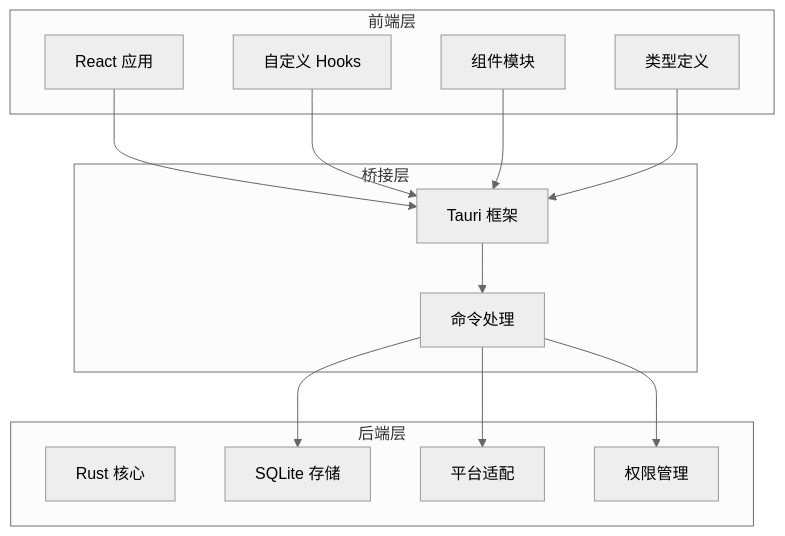
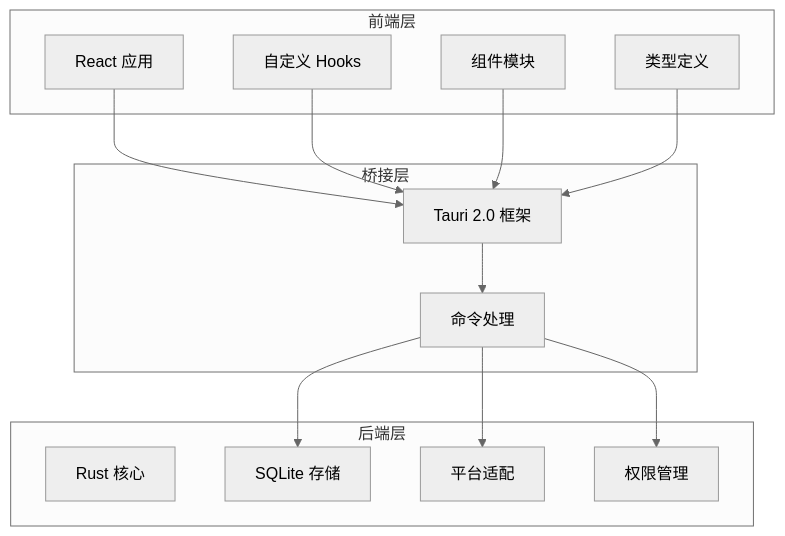
Before and after one commit to xdongliang/IPSwitcher: the first of 7 diagrams in .qoder/repowiki/zh/content/项目概述.md, drawn with Mermaid (neutral theme). The commit also changed other lines of this file and 22 other files, not shown here.

````diff
--- a/.qoder/repowiki/zh/content/项目概述.md
+++ b/.qoder/repowiki/zh/content/项目概述.md
@@ -41,27 +51,27 @@
 ```mermaid
 graph TB
 subgraph "前端层"
 FE[React 应用]
 Hooks[自定义 Hooks]
 Components[组件模块]
 Types[类型定义]
 end
 subgraph "桥接层"
-Tauri[Tauri 框架]
+Tauri[Tauri 2.0 框架]
 Commands[命令处理]
 end
 subgraph "后端层"
 Rust[Rust 核心]
 Storage[SQLite 存储]
 Platform[平台适配]
 Admin[权限管理]
 end
 FE --> Tauri
 Hooks --> Tauri
 Components --> Tauri
 Types --> Tauri
 Tauri --> Commands
 Commands --> Storage
 Commands --> Platform
 Commands --> Admin
 ```
````
